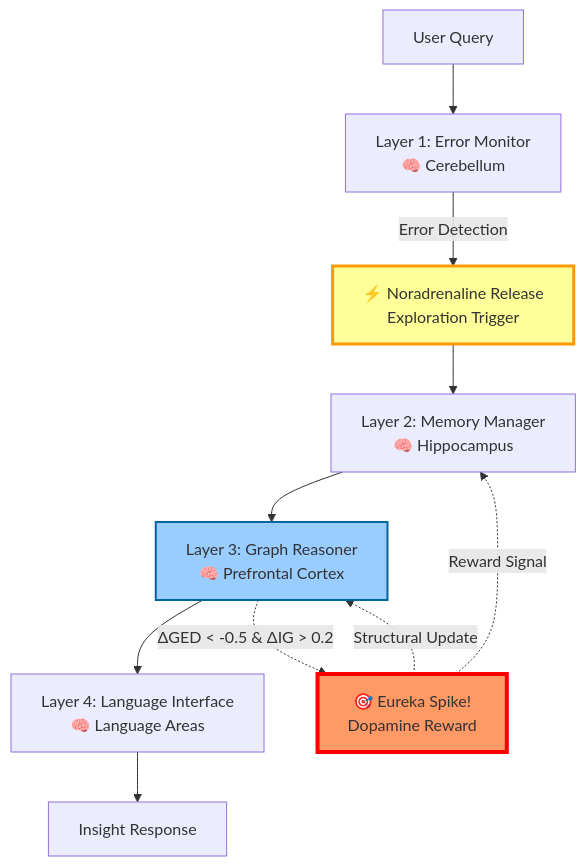
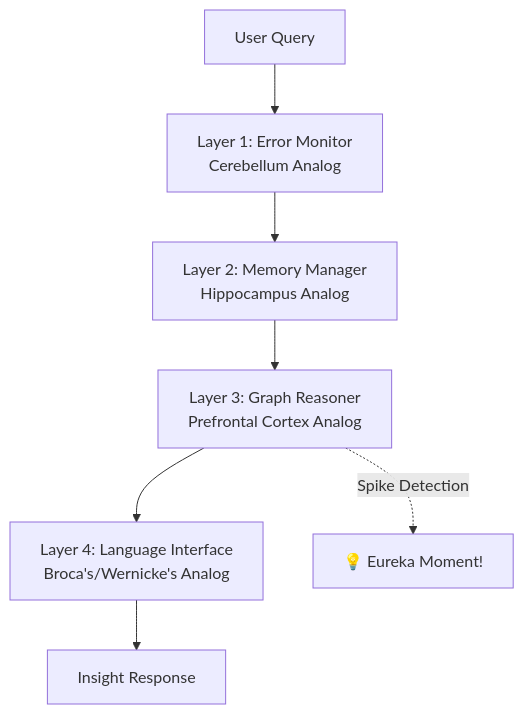
One commit to miyauchikazuyoshi/InsightSpike-AI changed the diagram in README.md. Above: the diagram before and after it, drawn with Mermaid. The commit also changed other lines of this file and 429 other files, not shown here.

First line of the commit message:
feat: Major refactoring - migrate to Pydantic config and reorganize architecture

````diff
--- a/README.md
+++ b/README.md
@@ -203,17 +256,10 @@
 ```mermaid
 graph TD
-    Query[User Query] --> L1[Layer 1: Error Monitor<br/>🧠 Cerebellum]
-    L1 -->|Error Detection| NA[⚡ Noradrenaline Release<br/>Exploration Trigger]
-    NA --> L2[Layer 2: Memory Manager<br/>🧠 Hippocampus]
-    L2 --> L3[Layer 3: Graph Reasoner<br/>🧠 Prefrontal Cortex]
-    L3 --> L4[Layer 4: Language Interface<br/>🧠 Language Areas]
+    Query[User Query] --> L1[Layer 1: Error Monitor<br/>Cerebellum Analog]
+    L1 --> L2[Layer 2: Memory Manager<br/>Hippocampus Analog]
+    L2 --> L3[Layer 3: Graph Reasoner<br/>Prefrontal Cortex Analog]
+    L3 --> L4[Layer 4: Language Interface<br/>Broca's/Wernicke's Analog]
     L4 --> Response[Insight Response]
     
-    L3 -.->|ΔGED < -0.5 & ΔIG > 0.2| Spike[🎯 Eureka Spike!<br/>Dopamine Reward]
-    Spike -.->|Reward Signal| L2
-    Spike -.->|Structural Update| L3
-    
-    style NA fill:#ff9,stroke:#f90,stroke-width:3px
-    style Spike fill:#f96,stroke:#f00,stroke-width:4px
-    style L3 fill:#9cf,stroke:#069,stroke-width:2px
+    L3 -.->|Spike Detection| Insight[💡 Eureka Moment!]
 ```
````
